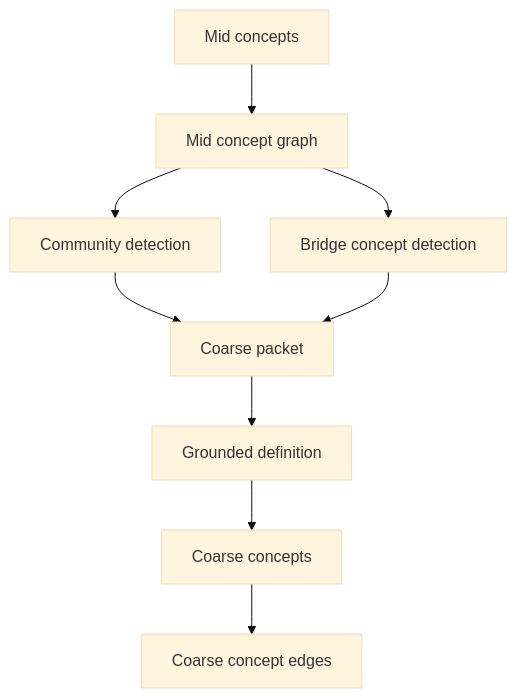
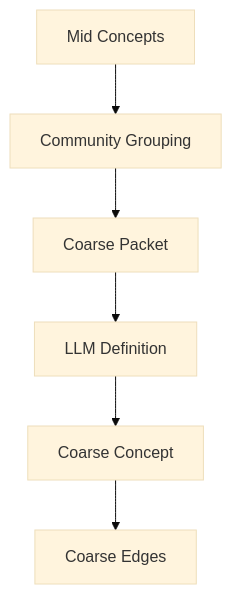
The eighth of 9 diagrams in docs/technical-spec.md (Sggggt/SymboGraph), drawn with Mermaid (base theme) before and after one commit. The commit also changed other lines of this file, not shown here.

````diff
--- a/docs/technical-spec.md
+++ b/docs/technical-spec.md
@@ -667,11 +1215,8 @@
 ```mermaid
 flowchart TB
-    MC["Mid concepts"] --> MG["Mid concept graph"]
-    MG --> CD["Community detection"]
-    MG --> BR["Bridge concept detection"]
-    CD --> CP["Coarse packet"]
-    BR --> CP
-    CP --> LLM["Grounded definition"]
-    LLM --> CC["Coarse concepts"]
-    CC --> CE["Coarse concept edges"]
+    MC["Mid Concepts"] --> COM["Community Grouping"]
+    COM --> PACK["Coarse Packet"]
+    PACK --> LLM["LLM Definition"]
+    LLM --> CC["Coarse Concept"]
+    CC --> CE["Coarse Edges"]
 ```
````
